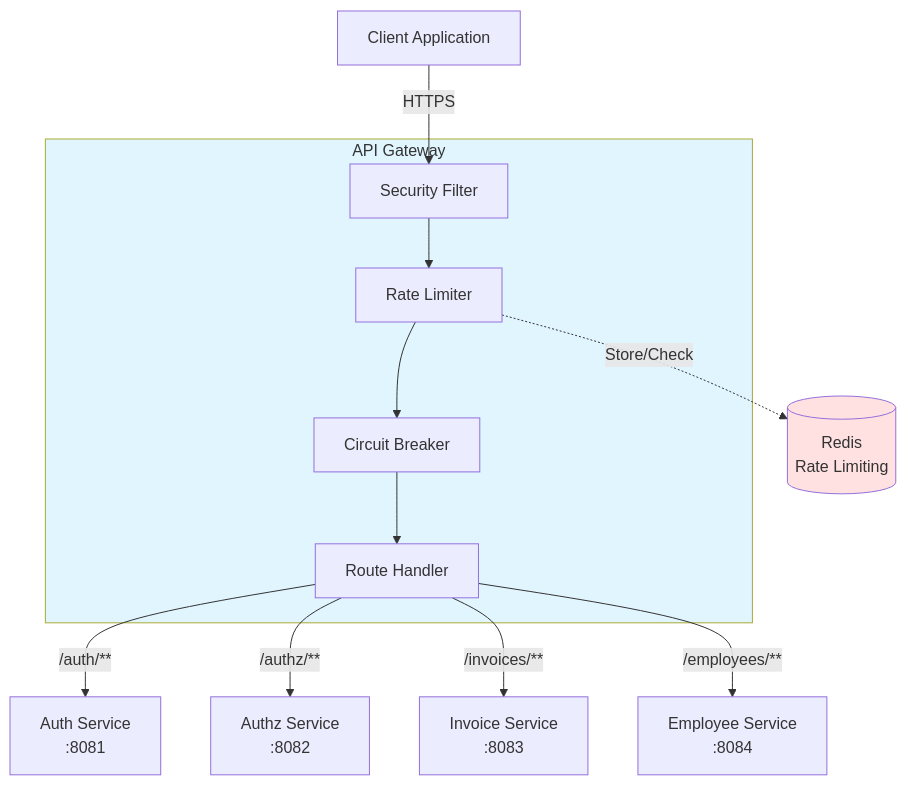
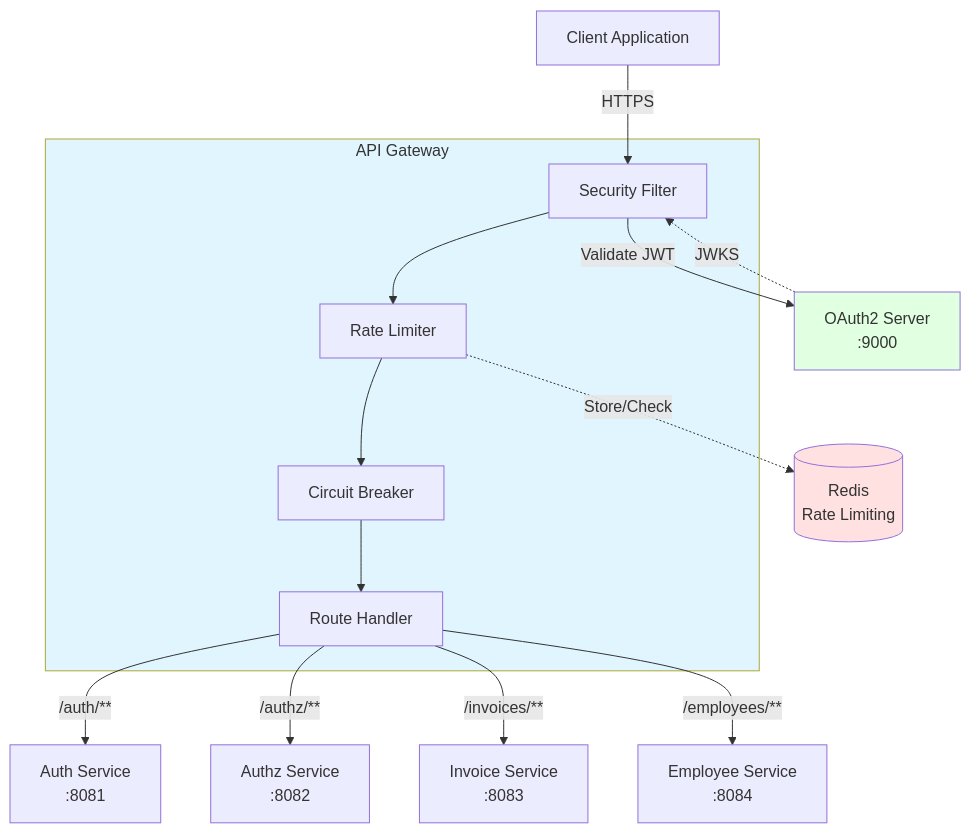
One commit to siberiusfr/compta changed the first of 2 diagrams in api/gateway/AGENTS.md. Above: the diagram before and after it, drawn with Mermaid. The commit also changed other lines of this file and 8 other files, not shown here.

````diff
--- a/api/gateway/AGENTS.md
+++ b/api/gateway/AGENTS.md
@@ -78,32 +79,36 @@
 ```mermaid
 graph TB
     Client[Client Application]
     
     subgraph Gateway[API Gateway]
         Security[Security Filter]
         RateLimit[Rate Limiter]
         Circuit[Circuit Breaker]
         Router[Route Handler]
     end
     
+    OAuth2[OAuth2 Server<br/>:9000]
     Auth[Auth Service<br/>:8081]
     Authz[Authz Service<br/>:8082]
     Invoice[Invoice Service<br/>:8083]
     Employee[Employee Service<br/>:8084]
     
     Redis[(Redis<br/>Rate Limiting)]
     
     Client -->|HTTPS| Security
+    Security -->|Validate JWT| OAuth2
+    OAuth2 -.->|JWKS| Security
     Security --> RateLimit
     RateLimit --> Circuit
     Circuit --> Router
     Router -->|/auth/**| Auth
     Router -->|/authz/**| Authz
     Router -->|/invoices/**| Invoice
     Router -->|/employees/**| Employee
     
     RateLimit -.->|Store/Check| Redis
     
     style Gateway fill:#e1f5ff
     style Redis fill:#ffe1e1
+    style OAuth2 fill:#e1ffe1
 ```
````
